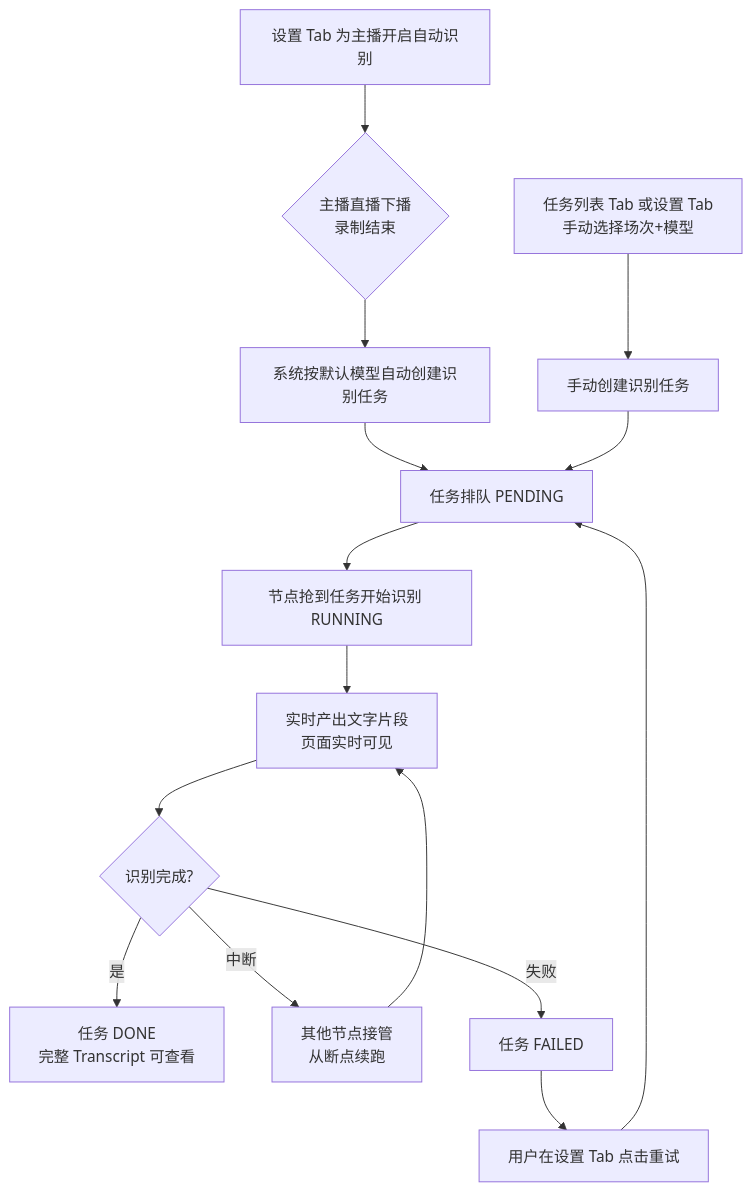
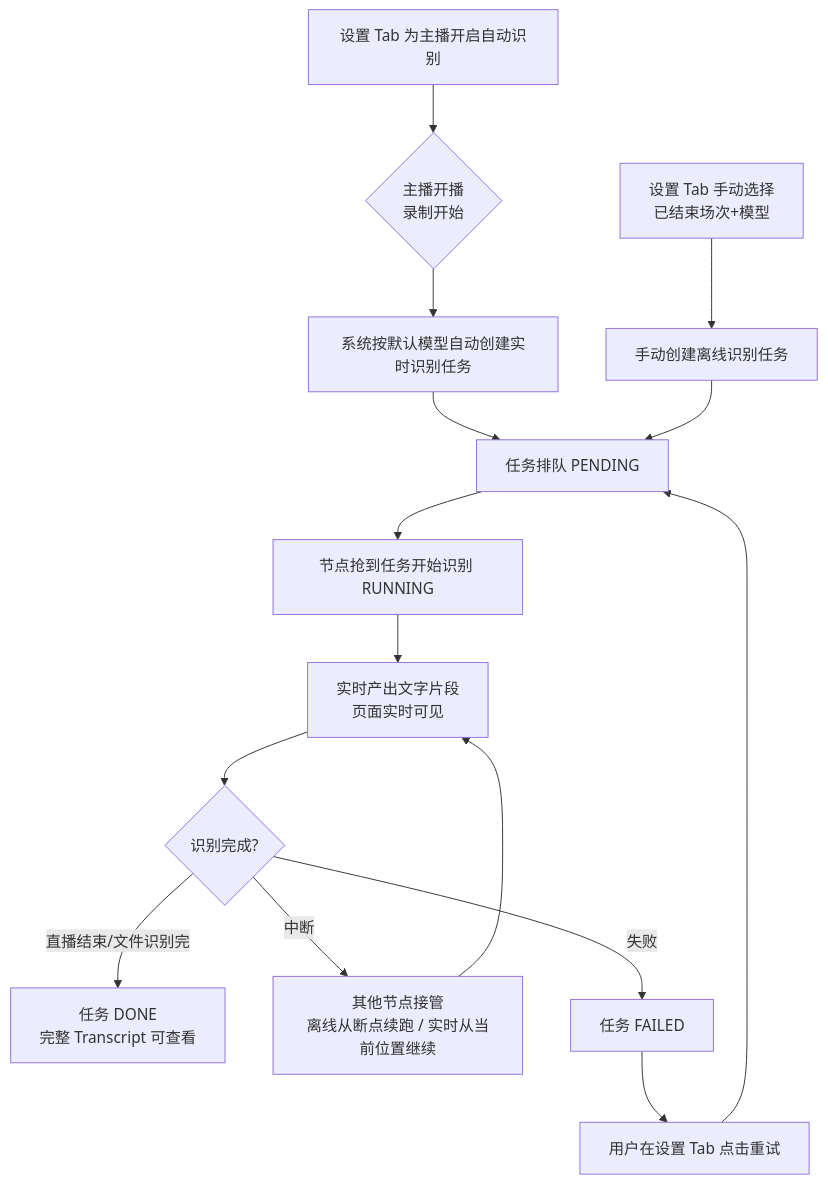
Before and after one commit to Deliay/z-vtuber: the diagram in docs/product/draft/20260916-recording-transcript-prd.md, drawn with Mermaid. The commit also changed other lines of this file and 1 other file, not shown here.

````diff
--- a/docs/product/draft/20260916-recording-transcript-prd.md
+++ b/docs/product/draft/20260916-recording-transcript-prd.md
@@ -123,17 +124,17 @@
 ```mermaid
 flowchart TD
-    A[设置 Tab 为主播开启自动识别] --> B{主播直播下播<br/>录制结束}
-    B --> C[系统按默认模型自动创建识别任务]
-    M[任务列表 Tab 或设置 Tab<br/>手动选择场次+模型] --> C2[手动创建识别任务]
+    A[设置 Tab 为主播开启自动识别] --> B{主播开播<br/>录制开始}
+    B --> C[系统按默认模型自动创建实时识别任务]
+    M[设置 Tab 手动选择<br/>已结束场次+模型] --> C2[手动创建离线识别任务]
     C --> Q[任务排队 PENDING]
     C2 --> Q
     Q --> R[节点抢到任务开始识别 RUNNING]
     R --> S[实时产出文字片段<br/>页面实时可见]
     S --> T{识别完成?}
-    T -->|是| D[任务 DONE<br/>完整 Transcript 可查看]
-    T -->|中断| E[其他节点接管<br/>从断点续跑]
+    T -->|直播结束/文件识别完| D[任务 DONE<br/>完整 Transcript 可查看]
+    T -->|中断| E[其他节点接管<br/>离线从断点续跑 / 实时从当前位置继续]
     E --> S
     T -->|失败| F[任务 FAILED]
     F --> G[用户在设置 Tab 点击重试]
     G --> Q
 ```
````
